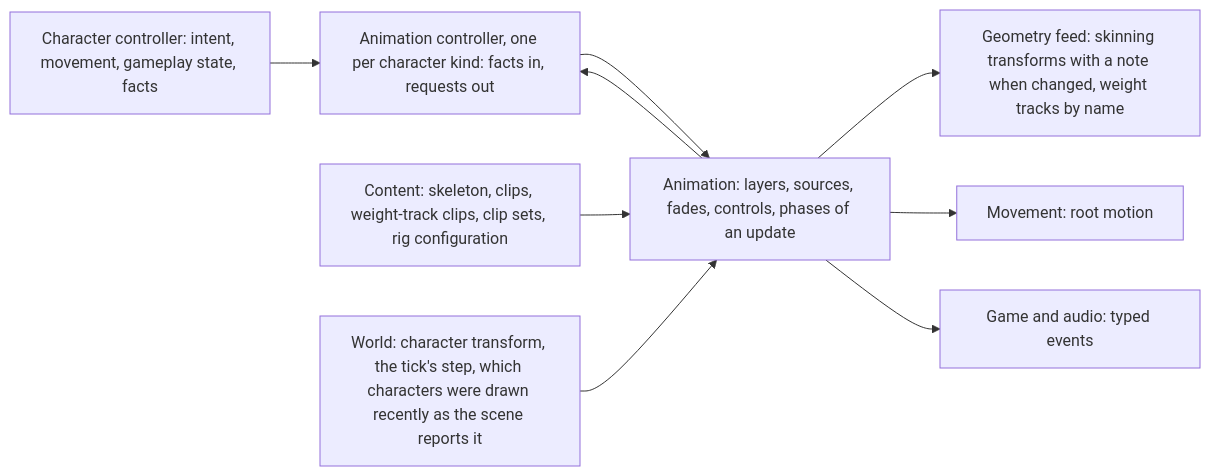
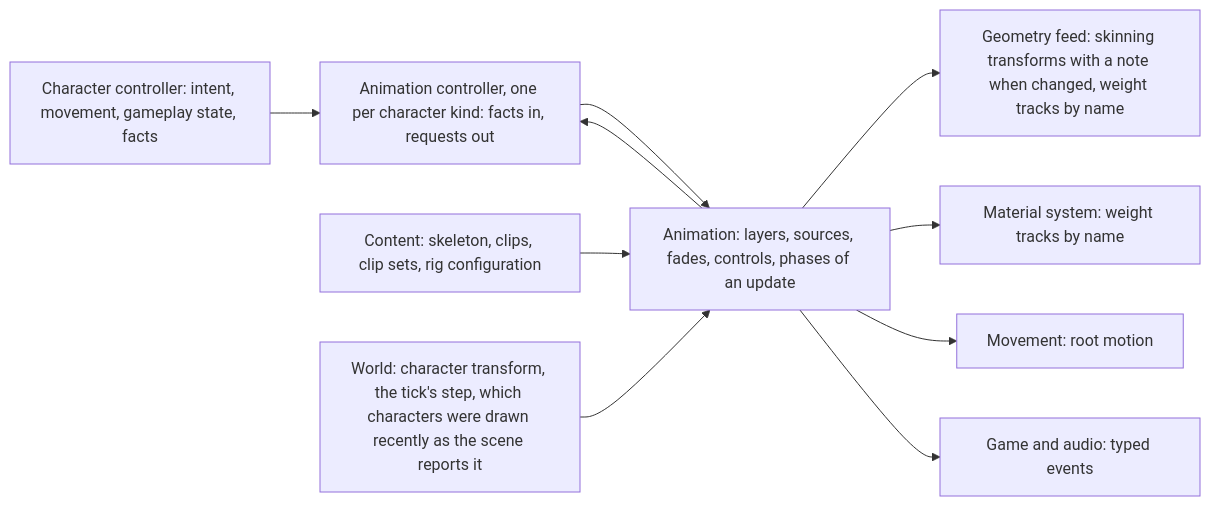
The first of 4 diagrams in docs/architecture/animation.md (plainsight-systems/bullet-witch), drawn with Mermaid before and after one commit. The commit also changed other lines of this file and 2 other files, not shown here.

````diff
--- a/docs/architecture/animation.md
+++ b/docs/architecture/animation.md
@@ -33,11 +33,12 @@
 ```mermaid
 flowchart LR
     CC["Character controller: intent, movement, gameplay state, facts"] --> AC["Animation controller, one per character kind: facts in, requests out"]
     AC --> AN["Animation: layers, sources, fades, controls, phases of an update"]
-    CT["Content: skeleton, clips, weight-track clips, clip sets, rig configuration"] --> AN
+    CT["Content: skeleton, clips, clip sets, rig configuration"] --> AN
     W["World: character transform, the tick's step, which characters were drawn recently as the scene reports it"] --> AN
     AN --> GF["Geometry feed: skinning transforms with a note when changed, weight tracks by name"]
+    AN --> MS["Material system: weight tracks by name"]
     AN --> MV["Movement: root motion"]
     AN --> EV["Game and audio: typed events"]
     AN --> AC
 ```
````
